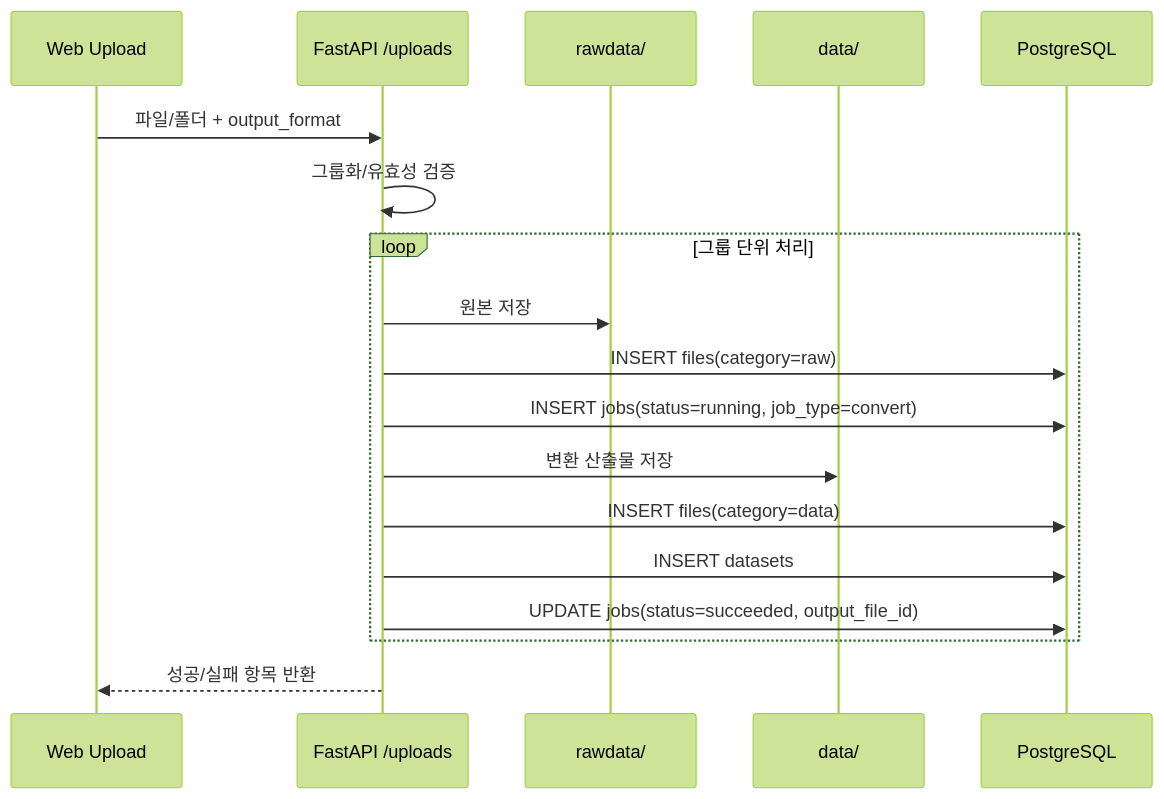
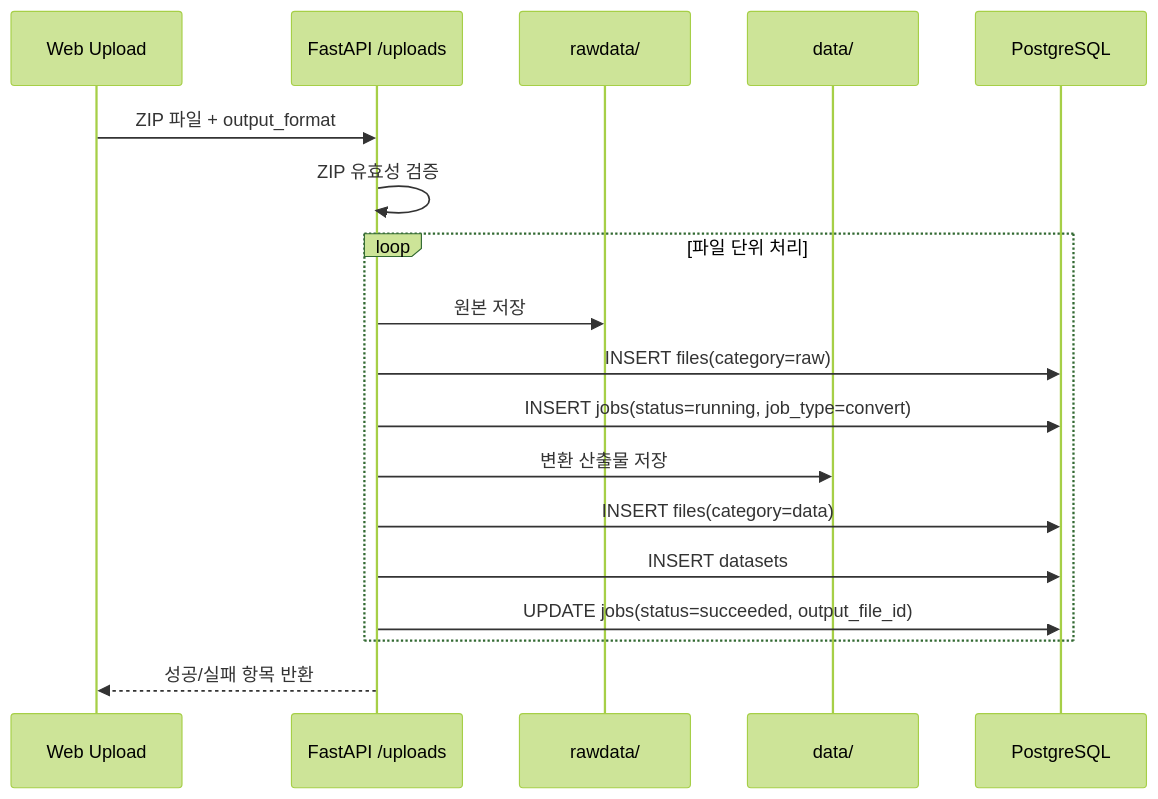
The second of 3 diagrams in docs/upload-delete-architecture.md (DS-argus/geodata-workbench), drawn with Mermaid (forest theme) before and after one commit. The commit also changed other lines of this file and 1 other file, not shown here.

````diff
--- a/docs/upload-delete-architecture.md
+++ b/docs/upload-delete-architecture.md
@@ -32,21 +32,21 @@
 ```mermaid
 sequenceDiagram
   participant UI as Web Upload
   participant API as FastAPI /uploads
   participant RAW as rawdata/
   participant DATA as data/
   participant DB as PostgreSQL
 
-  UI->>API: 파일/폴더 + output_format
-  API->>API: 그룹화/유효성 검증
-  loop 그룹 단위 처리
+  UI->>API: ZIP 파일 + output_format
+  API->>API: ZIP 유효성 검증
+  loop 파일 단위 처리
     API->>RAW: 원본 저장
     API->>DB: INSERT files(category=raw)
     API->>DB: INSERT jobs(status=running, job_type=convert)
     API->>DATA: 변환 산출물 저장
     API->>DB: INSERT files(category=data)
     API->>DB: INSERT datasets
     API->>DB: UPDATE jobs(status=succeeded, output_file_id)
   end
   API-->>UI: 성공/실패 항목 반환
 ```
````
